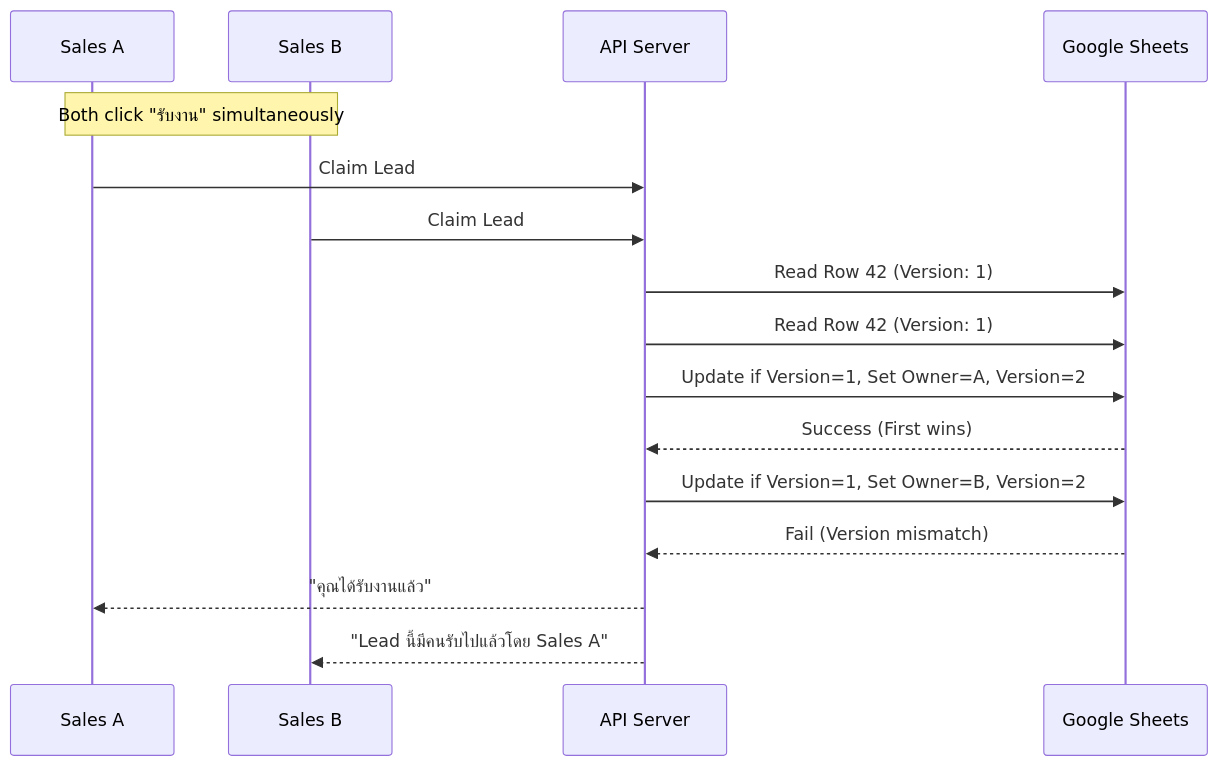
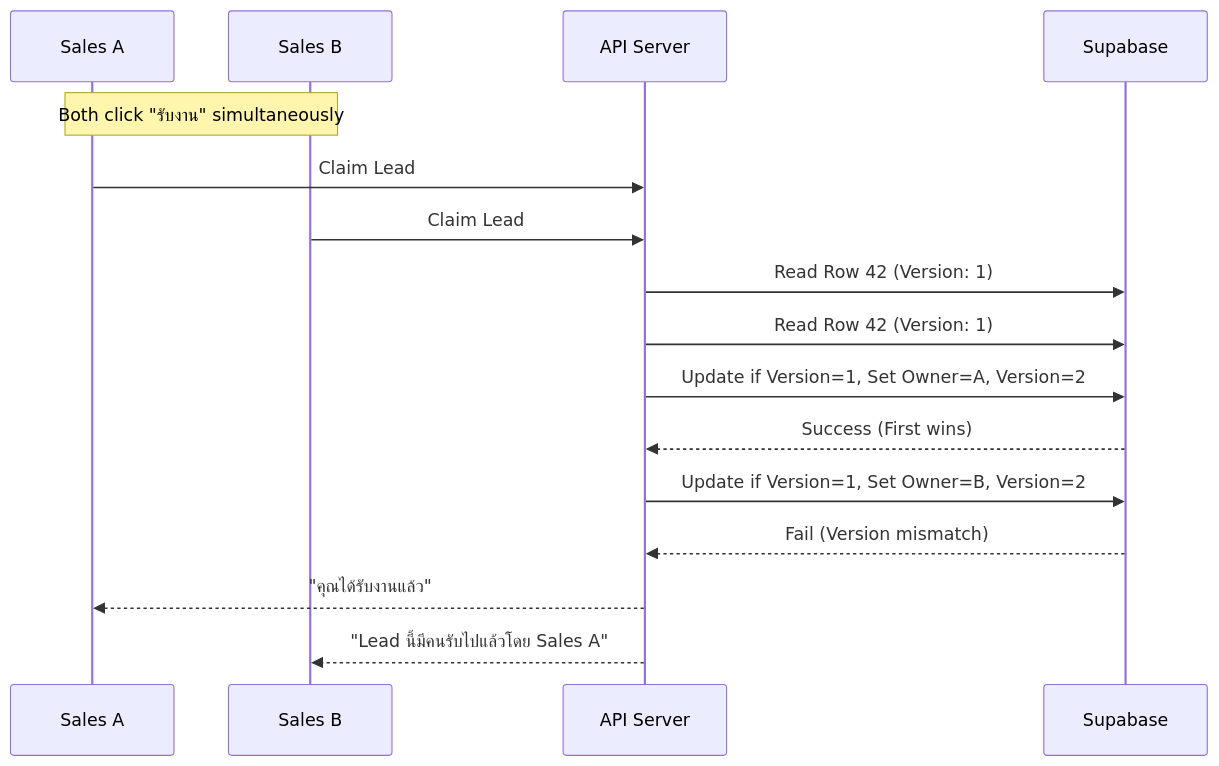
Before and after one commit to Jirawatpyk/ENEOS-Sales-Automation: the sixth of 12 diagrams in docs/ARCHITECTURE.md, drawn with Mermaid. The commit also changed other lines of this file and 40 other files, not shown here.

First line of the commit message:
feat: cleanup Google Sheets dependencies + update all docs to Supabase (Story 9-4)

````diff
--- a/docs/ARCHITECTURE.md
+++ b/docs/ARCHITECTURE.md
@@ -253,24 +255,24 @@
 ```mermaid
 sequenceDiagram
     participant S1 as Sales A
     participant S2 as Sales B
     participant API as API Server
-    participant DB as Google Sheets
+    participant DB as Supabase
 
     Note over S1,S2: Both click "รับงาน" simultaneously
 
     S1->>API: Claim Lead #42
     S2->>API: Claim Lead #42
 
     API->>DB: Read Row 42 (Version: 1)
     API->>DB: Read Row 42 (Version: 1)
 
     API->>DB: Update if Version=1, Set Owner=A, Version=2
     DB-->>API: Success (First wins)
 
     API->>DB: Update if Version=1, Set Owner=B, Version=2
     DB-->>API: Fail (Version mismatch)
 
     API-->>S1: "คุณได้รับงานแล้ว"
     API-->>S2: "Lead นี้มีคนรับไปแล้วโดย Sales A"
 ```
````
